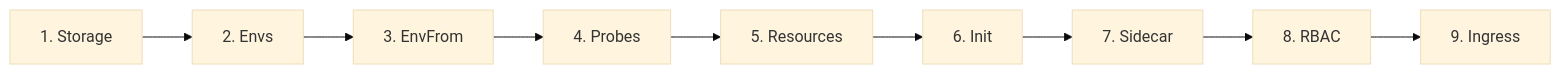
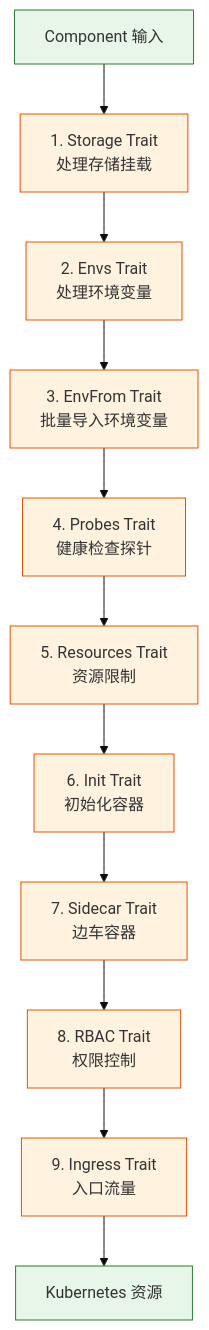
Before and after one commit to SilentEchoe/KubeMin-Cli: diagram 15 of 18 in docs/architecture-diagrams.md, drawn with Mermaid (base theme). The commit also changed other lines of this file and 33 other files, not shown here.

````diff
--- a/docs/architecture-diagrams.md
+++ b/docs/architecture-diagrams.md
@@ -681,11 +898,19 @@
 ```mermaid
-flowchart LR
-    T1[1. Storage] --> T2[2. Envs]
-    T2 --> T3[3. EnvFrom]
-    T3 --> T4[4. Probes]
-    T4 --> T5[5. Resources]
-    T5 --> T6[6. Init]
-    T6 --> T7[7. Sidecar]
-    T7 --> T8[8. RBAC]
-    T8 --> T9[9. Ingress]
+flowchart TB
+    Input[Component 输入] --> Storage[1. Storage Trait<br/>处理存储挂载]
+    Storage --> Envs[2. Envs Trait<br/>处理环境变量]
+    Envs --> EnvFrom[3. EnvFrom Trait<br/>批量导入环境变量]
+    EnvFrom --> Probes[4. Probes Trait<br/>健康检查探针]
+    Probes --> Resources[5. Resources Trait<br/>资源限制]
+    Resources --> Init[6. Init Trait<br/>初始化容器]
+    Init --> Sidecar[7. Sidecar Trait<br/>边车容器]
+    Sidecar --> RBAC[8. RBAC Trait<br/>权限控制]
+    RBAC --> Ingress[9. Ingress Trait<br/>入口流量]
+    Ingress --> Output[Kubernetes 资源]
+
+    classDef trait fill:#fff3e0,stroke:#e65100
+    classDef io fill:#e8f5e9,stroke:#2e7d32
+
+    class Storage,Envs,EnvFrom,Probes,Resources,Init,Sidecar,RBAC,Ingress trait
+    class Input,Output io
 ```
````
